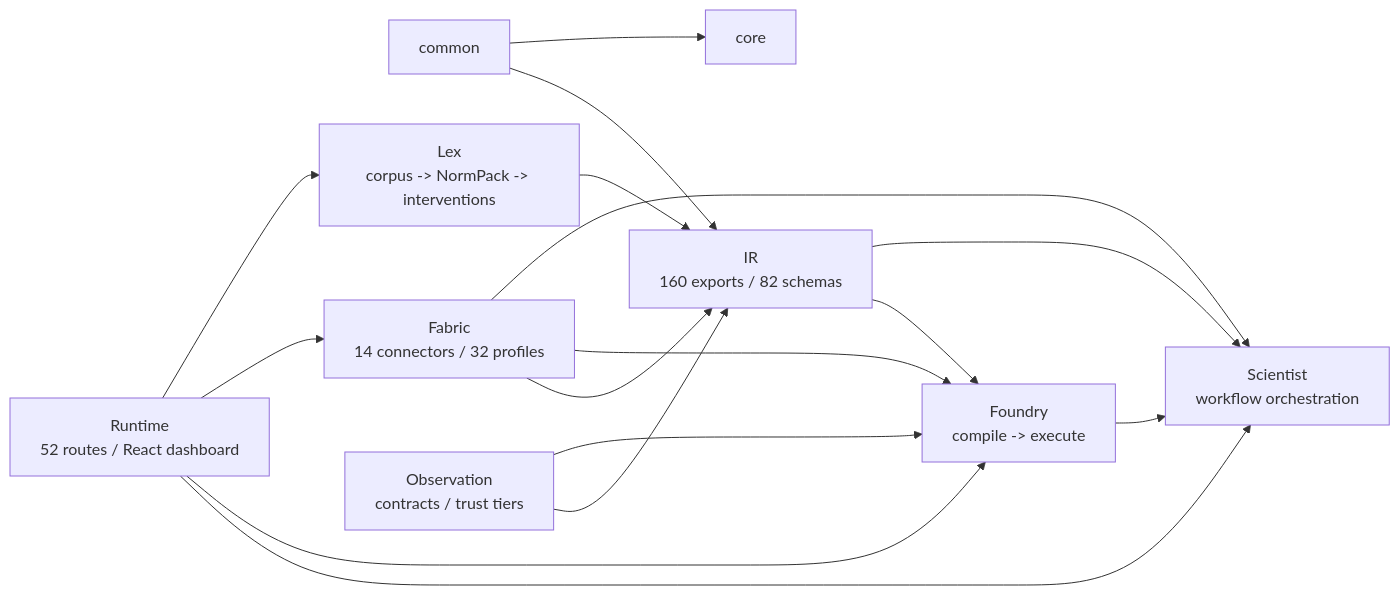
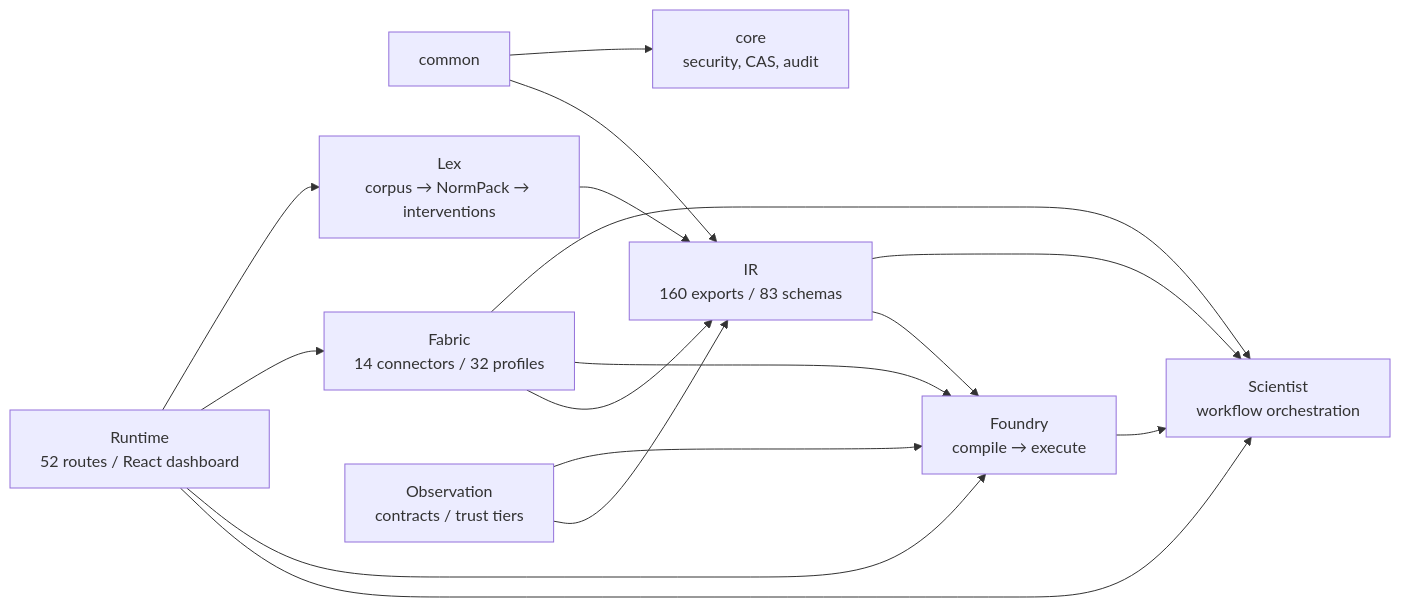
Before and after one commit to DenisKopylov/polisyos: the first of 6 diagrams in policy-engine/docs/explanation/architecture.md, drawn with Mermaid. The commit also changed other lines of this file and 4 other files, not shown here.

Commit message:
policy-engine: checkpoint claim adjudication and refresh architecture docs

````diff
--- a/policy-engine/docs/explanation/architecture.md
+++ b/policy-engine/docs/explanation/architecture.md
@@ -14,18 +93,18 @@
 ```mermaid
 graph LR
-  Common["common"] --> IR["IR<br/>160 exports / 82 schemas"]
-  Common --> Core["core"]
-  IR --> Foundry["Foundry<br/>compile -> execute"]
+  Common["common"] --> IR["IR<br/>160 exports / 83 schemas"]
+  Common --> Core["core<br/>security, CAS, audit"]
+  IR --> Foundry["Foundry<br/>compile → execute"]
   IR --> Scientist["Scientist<br/>workflow orchestration"]
   Fabric["Fabric<br/>14 connectors / 32 profiles"] --> IR
   Fabric --> Foundry
   Fabric --> Scientist
-  Lex["Lex<br/>corpus -> NormPack -> interventions"] --> IR
+  Lex["Lex<br/>corpus → NormPack → interventions"] --> IR
   Observation["Observation<br/>contracts / trust tiers"] --> IR
   Observation --> Foundry
   Foundry --> Scientist
   Runtime["Runtime<br/>52 routes / React dashboard"] --> Scientist
   Runtime --> Foundry
   Runtime --> Fabric
   Runtime --> Lex
 ```
````
